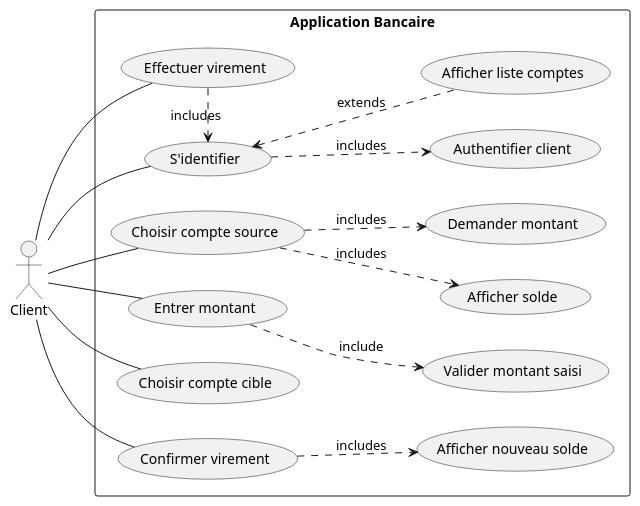
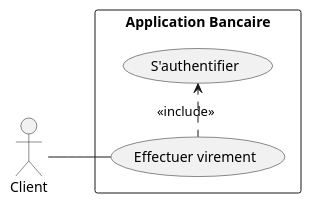
The diagram in usecase_diagrams/02_virement_bancaire.puml (sebcourtois/cda-exos-uml-diagrams), drawn with PlantUML before and after one commit. The commit also changed 1 other file, not shown here.

```diff
--- a/usecase_diagrams/02_virement_bancaire.puml
+++ b/usecase_diagrams/02_virement_bancaire.puml
@@ -1,34 +1,12 @@
 @startuml
-
 left to right direction
 actor "Client" as client
 rectangle "Application Bancaire" {
   usecase "Effectuer virement" as makeTransfer
-  usecase "S'identifier" as login
-  usecase "Authentifier client" as checkAuth
-  usecase "Afficher liste comptes" as listAccounts
-  usecase "Choisir compte source" as chooseAccount
-  usecase "Afficher solde" as showBalance
-  usecase "Demander montant" as promptForAmount
-  usecase "Entrer montant" as enterAmount
-  usecase "Choisir compte cible" as chooseTargetAccount
-  usecase "Valider montant saisi" as checkAmount
-  usecase "Confirmer virement" as confirmTransfer
-  usecase "Afficher nouveau solde" as showNewBalance
+  usecase "S'authentifier" as login
 }
 
 client -- makeTransfer
-client -- login
-makeTransfer .> login: includes
-login ..> checkAuth: includes
-login <.. listAccounts: extends
-client -- chooseAccount
-chooseAccount ..> showBalance: includes
-chooseAccount ..> promptForAmount: includes
-client -- enterAmount
-client -- chooseTargetAccount
-enterAmount ..> checkAmount: include
-client -- confirmTransfer
-confirmTransfer ..> showNewBalance: includes
+makeTransfer .> login: <<include>>
 
 @enduml
```
